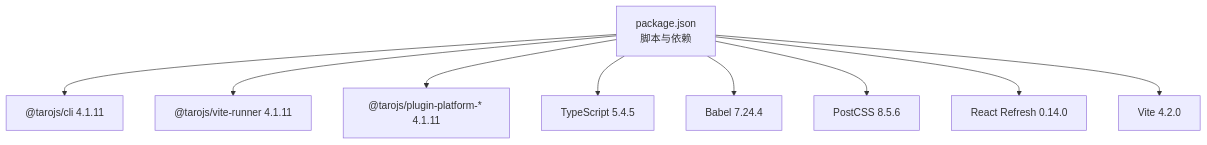
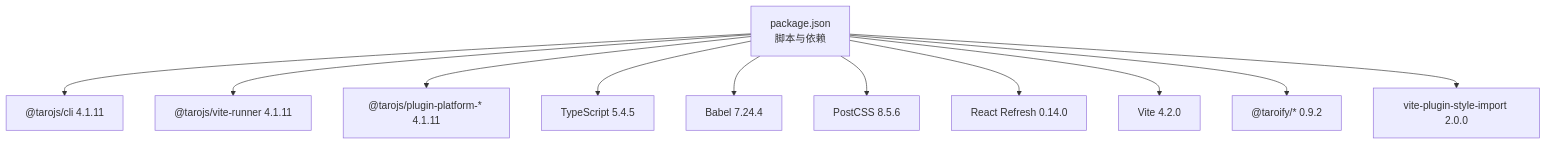
The third of 3 diagrams in .qoder/repowiki/zh/content/构建与部署/构建配置.md (zuolinbao/redbook), drawn with Mermaid before and after one commit. The commit also changed other lines of this file and 10 other files, not shown here.

````diff
--- a/.qoder/repowiki/zh/content/构建与部署/构建配置.md
+++ b/.qoder/repowiki/zh/content/构建与部署/构建配置.md
@@ -290,11 +343,13 @@
 ```mermaid
 graph TB
 P["package.json<br/>脚本与依赖"] --> CLI["@tarojs/cli 4.1.11"]
 P --> RUN["@tarojs/vite-runner 4.1.11"]
 P --> PLUG["@tarojs/plugin-platform-* 4.1.11"]
 P --> TS["TypeScript 5.4.5"]
 P --> B["Babel 7.24.4"]
 P --> PC["PostCSS 8.5.6"]
 P --> R["React Refresh 0.14.0"]
 P --> V["Vite 4.2.0"]
+P --> Taroify["@taroify/* 0.9.2"]
+P --> StylePlugin["vite-plugin-style-import 2.0.0"]
 ```
````
